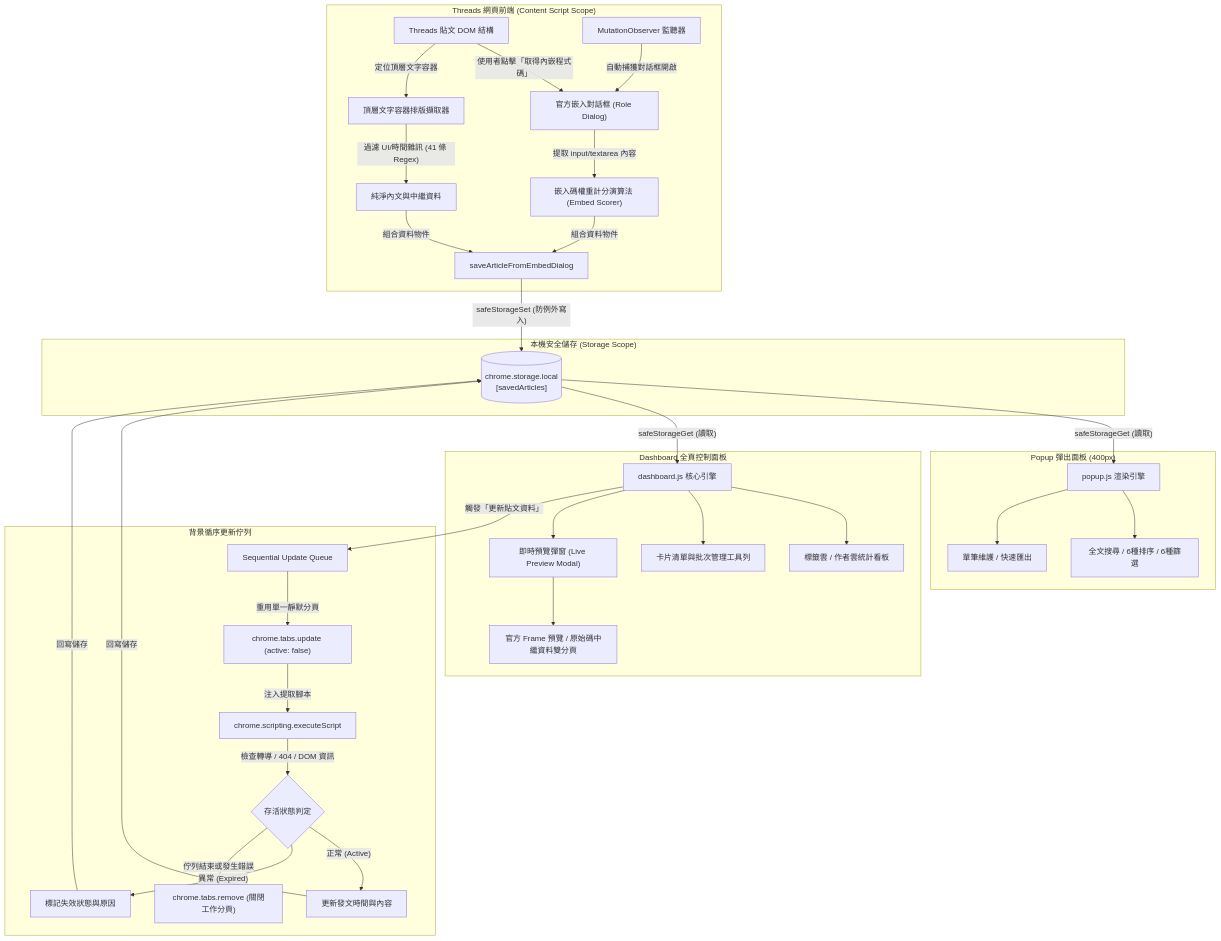
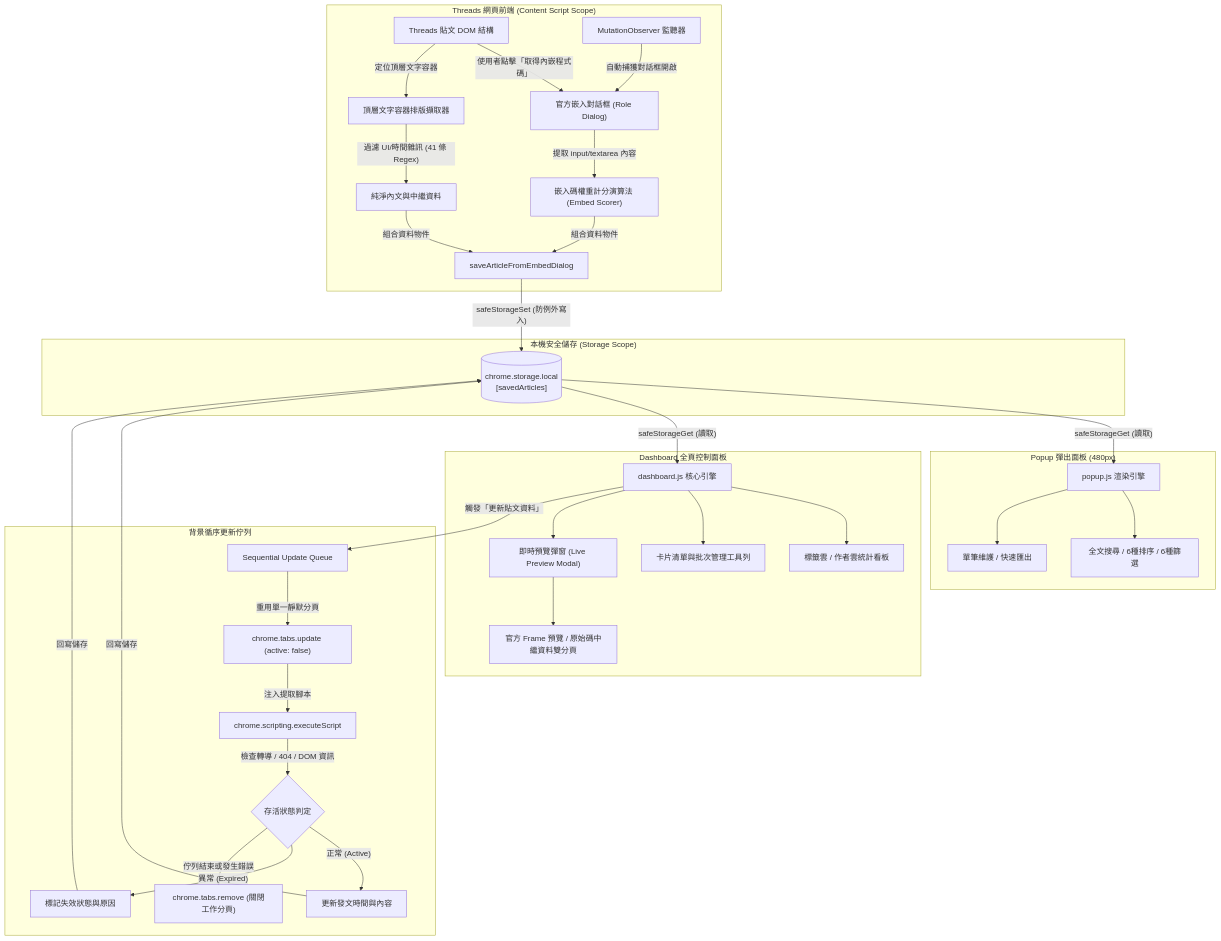
One commit to Scorpio-meow/Threads-embedded-code changed the first of 3 diagrams in README.md. Above: the diagram before and after it, drawn with Mermaid. The commit also changed other lines of this file and 25 other files, not shown here.

````diff
--- a/README.md
+++ b/README.md
@@ -310,40 +313,40 @@
 ```mermaid
 flowchart TD
     subgraph ClientThreadsPage["Threads 網頁前端 (Content Script Scope)"]
         A["Threads 貼文 DOM 結構"] -->|"使用者點擊「取得內嵌程式碼」"| B["官方嵌入對話框 (Role Dialog)"]
         C["MutationObserver 監聽器"] -->|"自動捕獲對話框開啟"| B
         B -->|"提取 input/textarea 內容"| D["嵌入碼權重計分演算法 (Embed Scorer)"]
         A -->|"定位頂層文字容器"| E["頂層文字容器排版擷取器"]
         E -->|"過濾 UI/時間雜訊 (41 條 Regex)"| F["純淨內文與中繼資料"]
         D & F -->|"組合資料物件"| G["saveArticleFromEmbedDialog"]
     end
 
     subgraph LocalDatabase["本機安全儲存 (Storage Scope)"]
         G -->|"safeStorageSet (防例外寫入)"| H[("chrome.storage.local\n[savedArticles]")]
     end
 
-    subgraph PopupView["Popup 彈出面板 (400px)"]
+    subgraph PopupView["Popup 彈出面板 (480px)"]
         H -->|"safeStorageGet (讀取)"| I["popup.js 渲染引擎"]
         I --> J["全文搜尋 / 6種排序 / 6種篩選"]
         I --> K["單筆維護 / 快速匯出"]
     end
 
     subgraph DashboardView["Dashboard 全頁控制面板"]
         H -->|"safeStorageGet (讀取)"| L["dashboard.js 核心引擎"]
         L --> M["標籤雲 / 作者雲統計看板"]
         L --> N["卡片清單與批次管理工具列"]
         L --> O["即時預覽彈窗 (Live Preview Modal)"]
         O --> P["官方 Frame 預覽 / 原始碼中繼資料雙分頁"]
     end
 
     subgraph BackgroundQueue["背景循序更新佇列"]
         L -->|"觸發「更新貼文資料」"| Q["Sequential Update Queue"]
         Q -->|"重用單一靜默分頁"| R["chrome.tabs.update (active: false)"]
         R -->|"注入提取腳本"| S["chrome.scripting.executeScript"]
         S -->|"檢查轉導 / 404 / DOM 資訊"| T{"存活狀態判定"}
         T -->|"正常 (Active)"| U["更新發文時間與內容"]
         T -->|"異常 (Expired)"| V["標記失效狀態與原因"]
         U & V -->|"回寫儲存"| H
         T -->|"佇列結束或發生錯誤"| W["chrome.tabs.remove (關閉工作分頁)"]
     end
 ```
````
